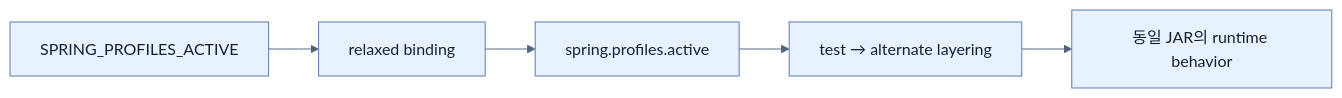
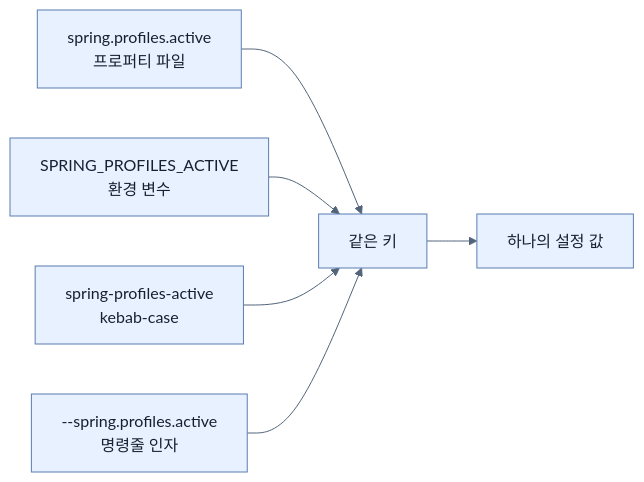
One commit to sing-u8/Learning_Spring_Boot_4 changed the first of 3 diagrams in spring-boot-4-pdf-notes/part-3-releasing-an-application-with-spring-boot/chapter-6-configuring-an-application-with-spring-boot/04-setting-properties-with-environment-variables.md. Above: the diagram before and after it, drawn with Mermaid. The commit also changed other lines of this file and 253 other files, not shown here.

````diff
--- a/spring-boot-4-pdf-notes/part-3-releasing-an-application-with-spring-boot/chapter-6-configuring-an-application-with-spring-boot/04-setting-properties-with-environment-variables.md
+++ b/spring-boot-4-pdf-notes/part-3-releasing-an-application-with-spring-boot/chapter-6-configuring-an-application-with-spring-boot/04-setting-properties-with-environment-variables.md
@@ -28,8 +84,9 @@
 ```mermaid
 %%{init: {'theme': 'base', 'themeVariables': {'background': '#ffffff', 'primaryColor': '#e8f1ff', 'primaryTextColor': '#172033', 'primaryBorderColor': '#5b7db1', 'lineColor': '#52647a', 'secondaryColor': '#f7fbff', 'tertiaryColor': '#fff7df'}}}%%
 flowchart LR
-    E[SPRING_PROFILES_ACTIVE] --> R[relaxed binding]
-    R --> P[spring.profiles.active]
-    P --> L[test → alternate layering]
-    L --> A[동일 JAR의 runtime behavior]
+    A["spring.profiles.active<br/>프로퍼티 파일"] --> K["같은 키"]
+    B["SPRING_PROFILES_ACTIVE<br/>환경 변수"] --> K
+    C["spring-profiles-active<br/>kebab-case"] --> K
+    D["--spring.profiles.active<br/>명령줄 인자"] --> K
+    K --> R["하나의 설정 값"]
 ```
````
